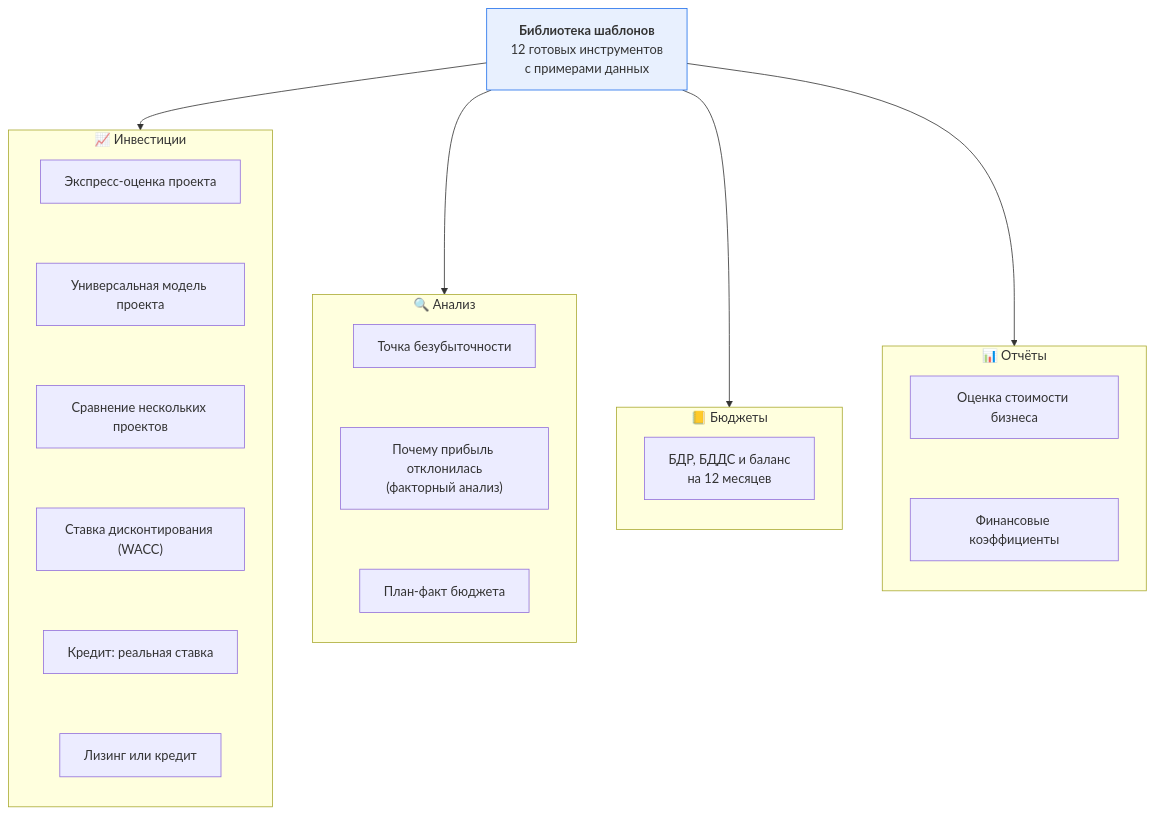
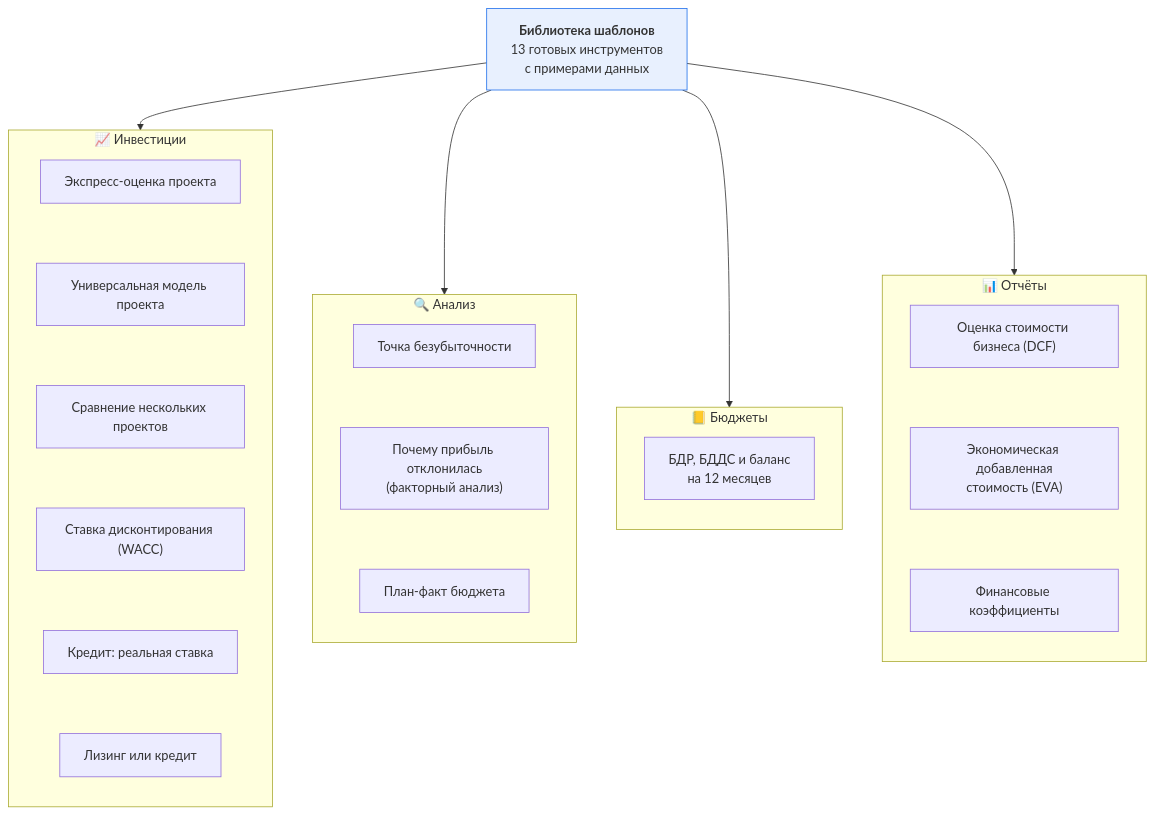
One commit to mmvolkov/invest-project-eval changed the diagram in docs/diagrams/b5-library.mmd. Above: the diagram before and after it, drawn with Mermaid. The commit also changed 5 other files, not shown here.

```diff
--- a/docs/diagrams/b5-library.mmd
+++ b/docs/diagrams/b5-library.mmd
@@ -1,24 +1,24 @@
 flowchart TB
-  LIB["<b>Библиотека шаблонов</b><br/>12 готовых инструментов<br/>с примерами данных"]
+  LIB["<b>Библиотека шаблонов</b><br/>13 готовых инструментов<br/>с примерами данных"]
   subgraph I["📈 Инвестиции"]
     direction TB
     I1["Экспресс-оценка проекта"] --- I2["Универсальная модель проекта"] --- I3["Сравнение нескольких проектов"] --- I4["Ставка дисконтирования (WACC)"] --- I5["Кредит: реальная ставка"] --- I6["Лизинг или кредит"]
   end
   subgraph A["🔍 Анализ"]
     direction TB
     A1["Точка безубыточности"] --- A2["Почему прибыль отклонилась<br/>(факторный анализ)"] --- A3["План-факт бюджета"]
   end
   subgraph B["📒 Бюджеты"]
     direction TB
     B1["БДР, БДДС и баланс<br/>на 12 месяцев"]
   end
   subgraph R["📊 Отчёты"]
     direction TB
-    R1["Оценка стоимости бизнеса"] --- R2["Финансовые коэффициенты"]
+    R1["Оценка стоимости бизнеса (DCF)"] --- R2["Экономическая добавленная<br/>стоимость (EVA)"] --- R3["Финансовые коэффициенты"]
   end
   LIB --> I
   LIB --> A
   LIB --> B
   LIB --> R
   style LIB fill:#e8f0fe,stroke:#1f6feb
-  linkStyle 0,1,2,3,4,5,6,7 stroke:transparent
+  linkStyle 0,1,2,3,4,5,6,7,8 stroke:transparent
```
